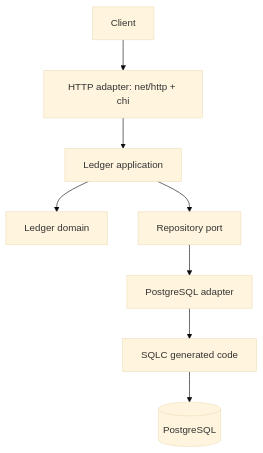
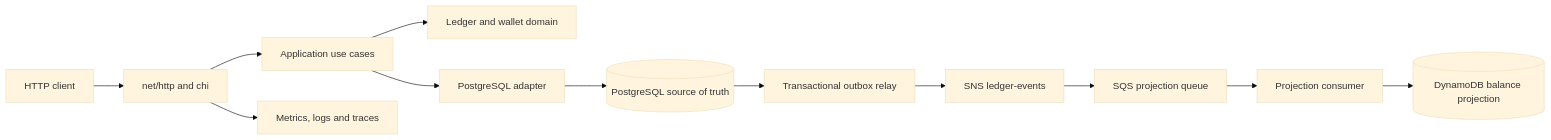
The diagram in docs/03-architecture/overview.md (saulo-duarte/distributed-wallet-ledger), drawn with Mermaid (base theme) before and after one commit. The commit also changed other lines of this file and 13 other files, not shown here.

Commit message:
docs: align README and architecture documentation

````diff
--- a/docs/03-architecture/overview.md
+++ b/docs/03-architecture/overview.md
@@ -5,10 +7,14 @@
 ```mermaid
-flowchart TD
-    Client --> HTTP[HTTP adapter: net/http + chi]
-    HTTP --> App[Ledger application]
-    App --> Domain[Ledger domain]
-    App --> Repo[Repository port]
-    Repo --> Adapter[PostgreSQL adapter]
-    Adapter --> SQLC[SQLC generated code]
-    SQLC --> DB[(PostgreSQL)]
+flowchart LR
+    Client[HTTP client] --> HTTP[net/http and chi]
+    HTTP --> App[Application use cases]
+    App --> Domain[Ledger and wallet domain]
+    App --> PGAdapter[PostgreSQL adapter]
+    PGAdapter --> PostgreSQL[(PostgreSQL source of truth)]
+    PostgreSQL --> Outbox[Transactional outbox relay]
+    Outbox --> SNS[SNS ledger-events]
+    SNS --> SQS[SQS projection queue]
+    SQS --> Consumer[Projection consumer]
+    Consumer --> Dynamo[(DynamoDB balance projection)]
+    HTTP --> Observability[Metrics, logs and traces]
 ```
````
